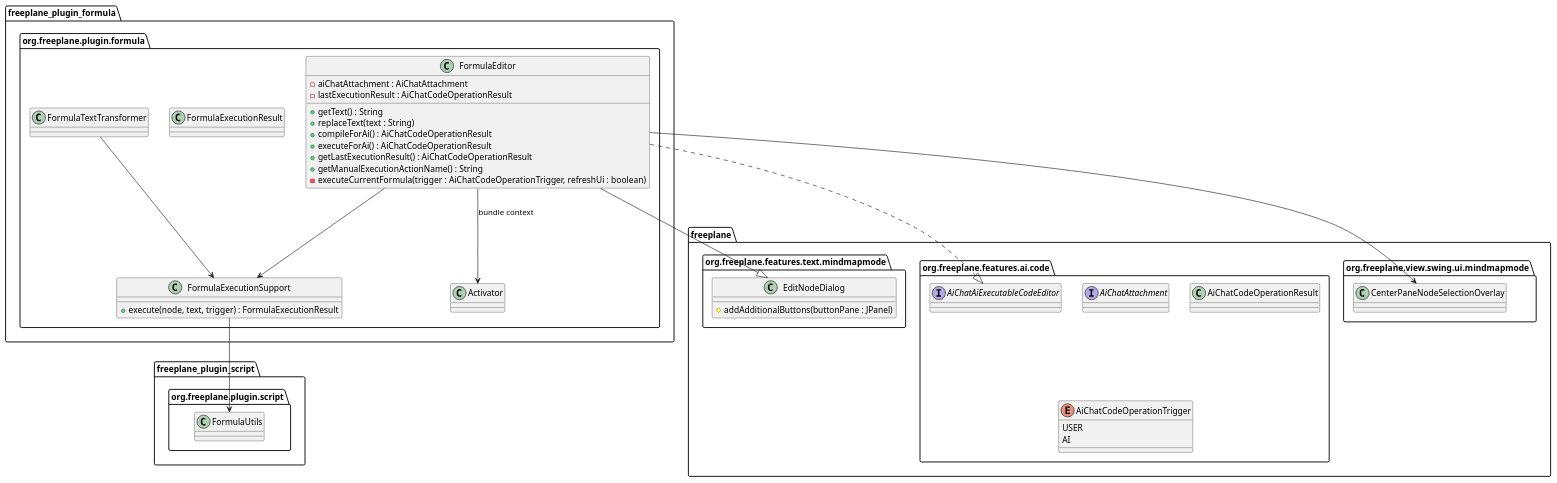
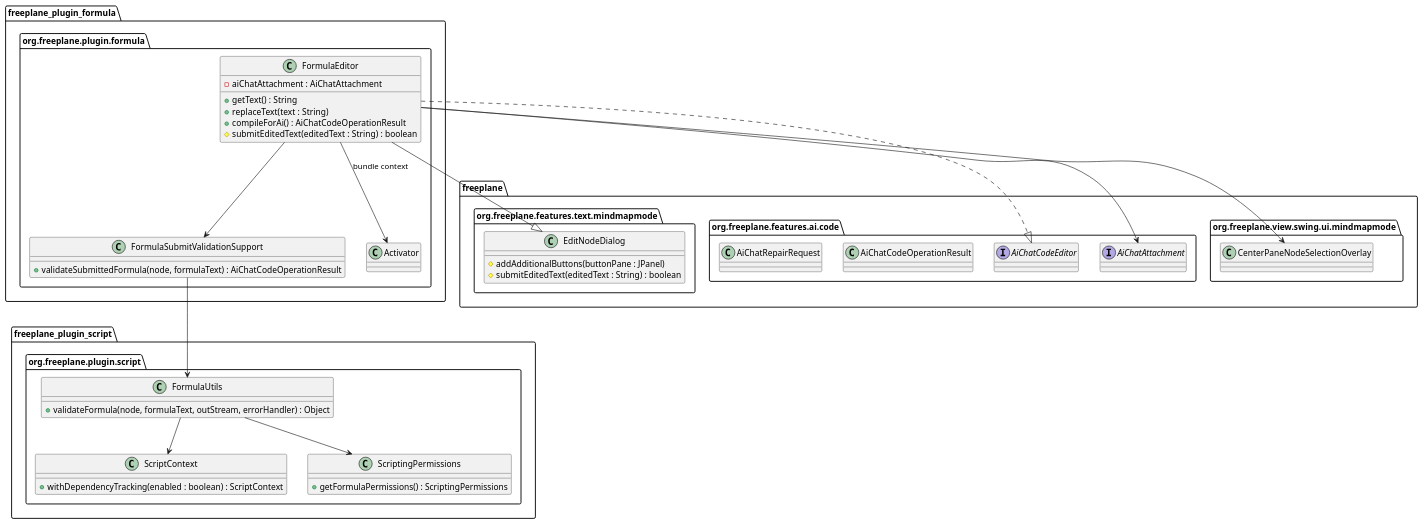
One commit to hyperdreamer/freeplane changed the seventh of 8 diagrams in ai-specs/tasks/in-progress/allow-ai-chat-attachment-for-formula-and-script-editors.md. Above: the diagram before and after it, drawn with PlantUML. The commit also changed other lines of this file, not shown here.

Commit message:
2026-05-27-editor-chat-attachment Clarify attached-editor task design

````diff
--- a/ai-specs/tasks/in-progress/allow-ai-chat-attachment-for-formula-and-script-editors.md
+++ b/ai-specs/tasks/in-progress/allow-ai-chat-attachment-for-formula-and-script-editors.md
@@ -882,64 +965,68 @@
-```plantuml
-@startuml
-set separator none
-package "freeplane" {
-  package "org.freeplane.features.ai.code" {
-    interface AiChatAiExecutableCodeEditor
-    interface AiChatAttachment
-    class AiChatCodeOperationResult
-    enum AiChatCodeOperationTrigger {
-      USER
-      AI
+  ```plantuml
+  @startuml
+  set separator none
+  package "freeplane" {
+    package "org.freeplane.features.ai.code" {
+      interface AiChatCodeEditor
+      interface AiChatAttachment
+      class AiChatCodeOperationResult
+      class AiChatRepairRequest
+    }
+  
+    package "org.freeplane.features.text.mindmapmode" {
+      class EditNodeDialog {
+        # addAdditionalButtons(buttonPane : JPanel)
+        # submitEditedText(editedText : String) : boolean
+      }
+    }
+  
+    package "org.freeplane.view.swing.ui.mindmapmode" {
+      class CenterPaneNodeSelectionOverlay
     }
   }
-
-  package "org.freeplane.features.text.mindmapmode" {
-    class EditNodeDialog {
-      # addAdditionalButtons(buttonPane : JPanel)
+  
+  package "freeplane_plugin_formula" {
+    package "org.freeplane.plugin.formula" {
+      class FormulaEditor {
+        - aiChatAttachment : AiChatAttachment
+        + getText() : String
+        + replaceText(text : String)
+        + compileForAi() : AiChatCodeOperationResult
+        # submitEditedText(editedText : String) : boolean
+      }
+  
+      class FormulaSubmitValidationSupport {
+        + validateSubmittedFormula(node, formulaText) : AiChatCodeOperationResult
+      }
+  
+      class Activator
     }
   }
-
-  package "org.freeplane.view.swing.ui.mindmapmode" {
-    class CenterPaneNodeSelectionOverlay
+  
+  package "freeplane_plugin_script" {
+    package "org.freeplane.plugin.script" {
+      class FormulaUtils {
+        + validateFormula(node, formulaText, outStream, errorHandler) : Object
+      }
+  
+      class ScriptContext {
+        + withDependencyTracking(enabled : boolean) : ScriptContext
+      }
+  
+      class ScriptingPermissions {
+        + getFormulaPermissions() : ScriptingPermissions
+      }
+    }
   }
-}
-
-package "freeplane_plugin_formula" {
-  package "org.freeplane.plugin.formula" {
-    class FormulaEditor {
-      - aiChatAttachment : AiChatAttachment
-      - lastExecutionResult : AiChatCodeOperationResult
-      + getText() : String
-      + replaceText(text : String)
-      + compileForAi() : AiChatCodeOperationResult
-      + executeForAi() : AiChatCodeOperationResult
-      + getLastExecutionResult() : AiChatCodeOperationResult
-      + getManualExecutionActionName() : String
-      - executeCurrentFormula(trigger : AiChatCodeOperationTrigger, refreshUi : boolean)
-    }
-
-    class FormulaExecutionSupport {
-      + execute(node, text, trigger) : FormulaExecutionResult
-    }
-
-    class FormulaExecutionResult
-    class FormulaTextTransformer
-    class Activator
-  }
-}
-
-package "freeplane_plugin_script" {
-  package "org.freeplane.plugin.script" {
-    class FormulaUtils
-  }
-}
-
-EditNodeDialog <|-- FormulaEditor
-FormulaEditor ..|> AiChatAiExecutableCodeEditor
-FormulaEditor --> CenterPaneNodeSelectionOverlay
-FormulaEditor --> FormulaExecutionSupport
-FormulaEditor --> Activator : bundle context
-FormulaExecutionSupport --> FormulaUtils
-FormulaTextTransformer --> FormulaExecutionSupport
-@enduml
-```
+  
+  EditNodeDialog <|-- FormulaEditor
+  FormulaEditor ..|> AiChatCodeEditor
+  FormulaEditor --> CenterPaneNodeSelectionOverlay
+  FormulaEditor --> FormulaSubmitValidationSupport
+  FormulaEditor --> AiChatAttachment
+  FormulaEditor --> Activator : bundle context
+  FormulaSubmitValidationSupport --> FormulaUtils
+  FormulaUtils --> ScriptContext
+  FormulaUtils --> ScriptingPermissions
+  @enduml
+  ```
````
